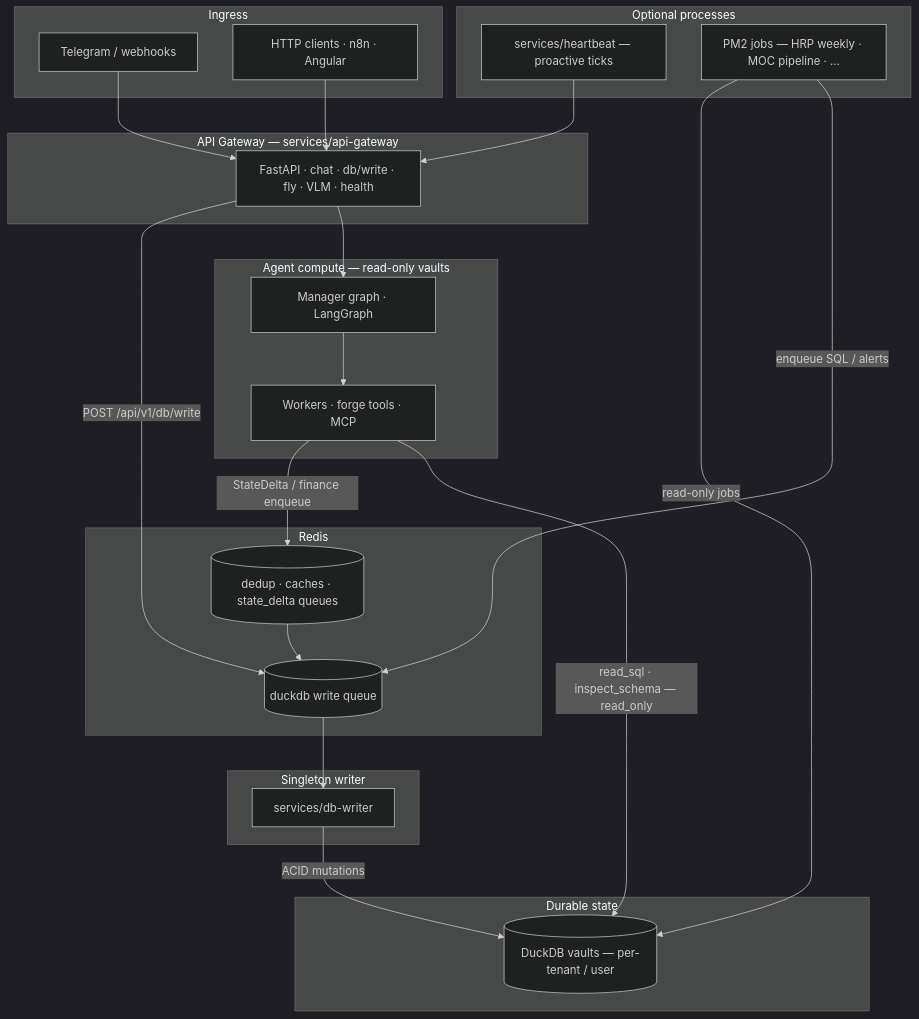
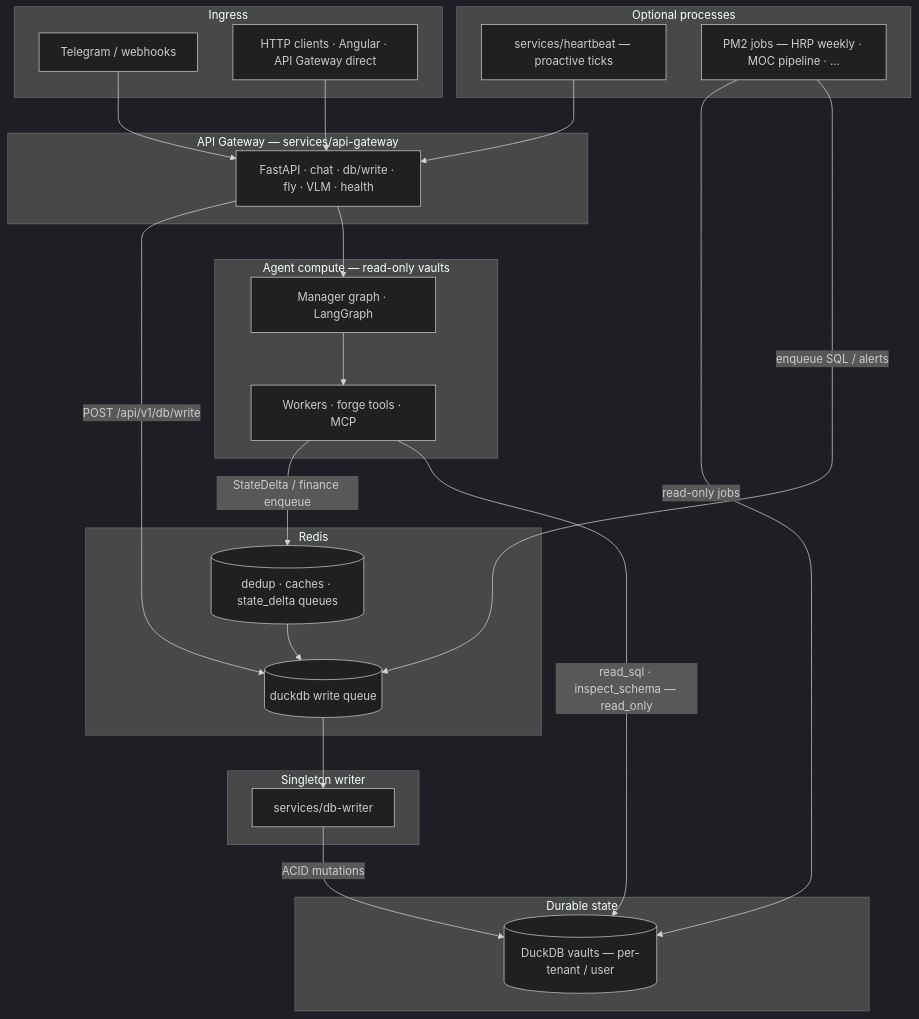
One commit to Capadonna-Labs/DuckClaw changed the diagram in docs/architecture/system_overview.md. Above: the diagram before and after it, drawn with Mermaid (dark theme). The commit also changed 110 other files, not shown here.

````diff
--- a/docs/architecture/system_overview.md
+++ b/docs/architecture/system_overview.md
@@ -7,51 +7,51 @@
 ```mermaid
 flowchart TB
   subgraph Ingress["Ingress"]
     TG[Telegram / webhooks]
-    HTTP[HTTP clients · n8n · Angular]
+    HTTP[HTTP clients · Angular · API Gateway direct]
   end
 
   subgraph Gateway["API Gateway — services/api-gateway"]
     API[FastAPI · chat · db/write · fly · VLM · health]
   end
 
   subgraph Compute["Agent compute — read-only vaults"]
     MGR[Manager graph · LangGraph]
     WRK[Workers · forge tools · MCP]
   end
 
   subgraph Sidecars["Optional processes"]
     HB[services/heartbeat — proactive ticks]
     PM2[PM2 jobs — HRP weekly · MOC pipeline · …]
   end
 
   subgraph Async["Redis"]
     QW[(duckdb write queue)]
     DD[(dedup · caches · state_delta queues)]
   end
 
   subgraph Writer["Singleton writer"]
     DW[services/db-writer]
   end
 
   subgraph Data["Durable state"]
     VAULT[(DuckDB vaults — per-tenant / user)]
   end
 
   TG --> API
   HTTP --> API
   HB --> API
   PM2 -->|"enqueue SQL / alerts"| QW
   PM2 -->|"read-only jobs"| VAULT
 
   API --> MGR
   MGR --> WRK
   WRK -->|"read_sql · inspect_schema — read_only"| VAULT
 
   API -->|"POST /api/v1/db/write"| QW
   WRK -->|"StateDelta / finance enqueue"| DD
   DD --> QW
 
   QW --> DW
   DW -->|"ACID mutations"| VAULT
 ```
````
